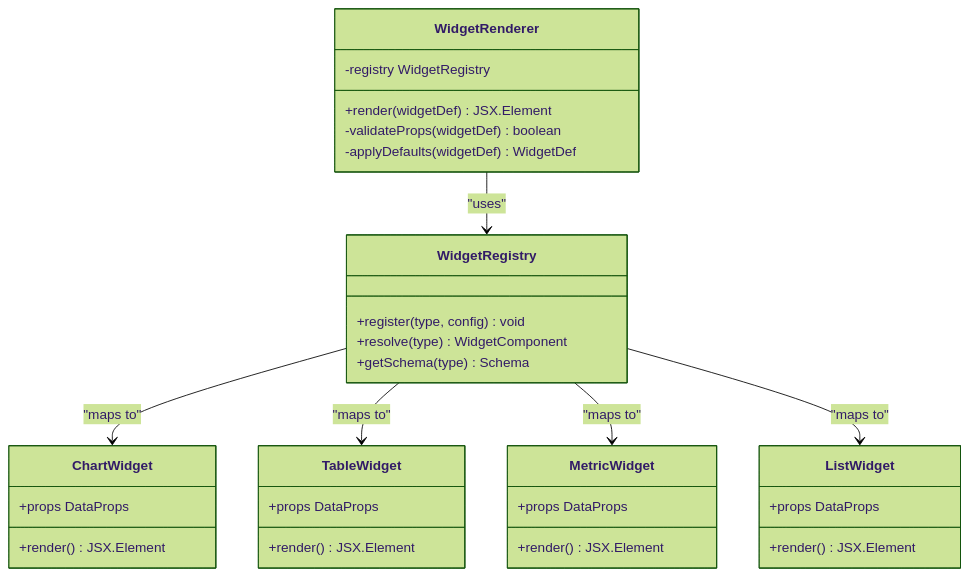
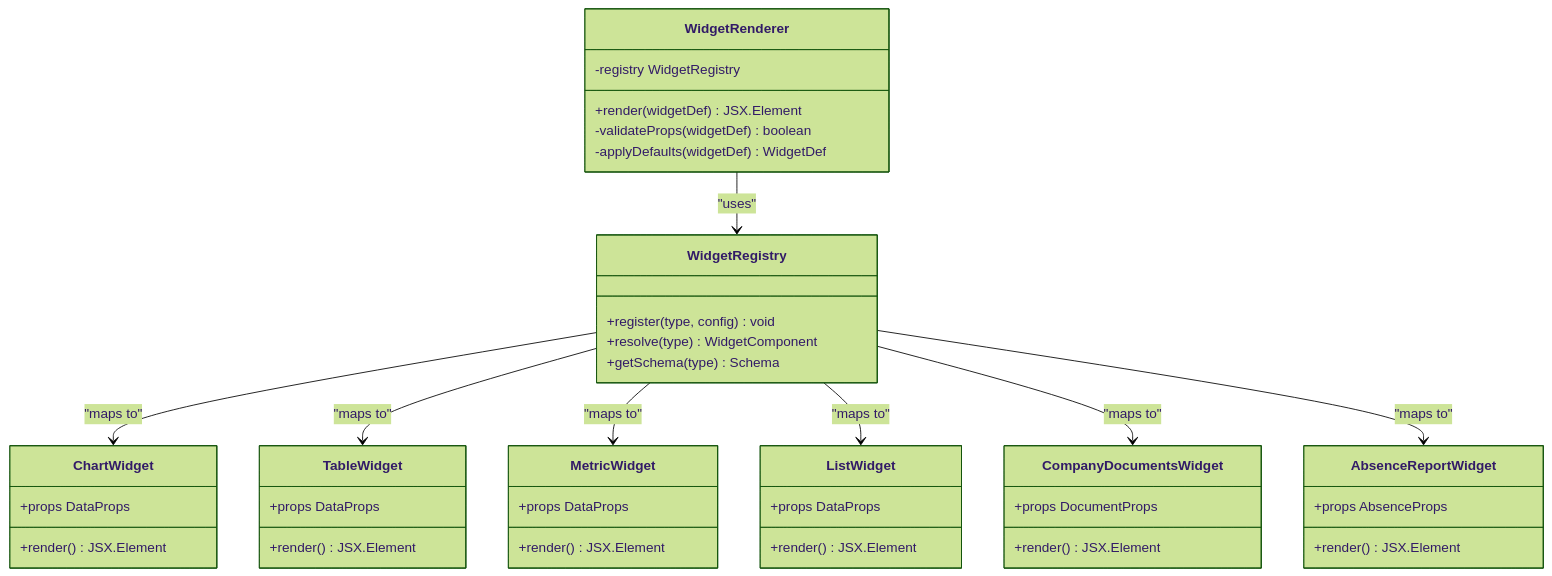
Before and after one commit to EdwinCycling/LiquidHR: the third of 15 diagrams in .qoder/repowiki/en/content/Advanced Features/Dashboard Engine/Dashboard Engine.md, drawn with Mermaid (forest theme). The commit also changed other lines of this file and 26 other files, not shown here.

````diff
--- a/.qoder/repowiki/en/content/Advanced Features/Dashboard Engine/Dashboard Engine.md
+++ b/.qoder/repowiki/en/content/Advanced Features/Dashboard Engine/Dashboard Engine.md
@@ -241,35 +281,45 @@
 ```mermaid
 classDiagram
 class WidgetRegistry {
 +register(type, config) void
 +resolve(type) WidgetComponent
 +getSchema(type) Schema
 }
 class WidgetRenderer {
 -registry WidgetRegistry
 +render(widgetDef) JSX.Element
 -validateProps(widgetDef) boolean
 -applyDefaults(widgetDef) WidgetDef
 }
 class ChartWidget {
 +props DataProps
 +render() JSX.Element
 }
 class TableWidget {
 +props DataProps
 +render() JSX.Element
 }
 class MetricWidget {
 +props DataProps
 +render() JSX.Element
 }
 class ListWidget {
 +props DataProps
 +render() JSX.Element
 }
+class CompanyDocumentsWidget {
++props DocumentProps
++render() JSX.Element
+}
+class AbsenceReportWidget {
++props AbsenceProps
++render() JSX.Element
+}
 WidgetRenderer --> WidgetRegistry : "uses"
 WidgetRegistry --> ChartWidget : "maps to"
 WidgetRegistry --> TableWidget : "maps to"
 WidgetRegistry --> MetricWidget : "maps to"
 WidgetRegistry --> ListWidget : "maps to"
+WidgetRegistry --> CompanyDocumentsWidget : "maps to"
+WidgetRegistry --> AbsenceReportWidget : "maps to"
 ```
````
